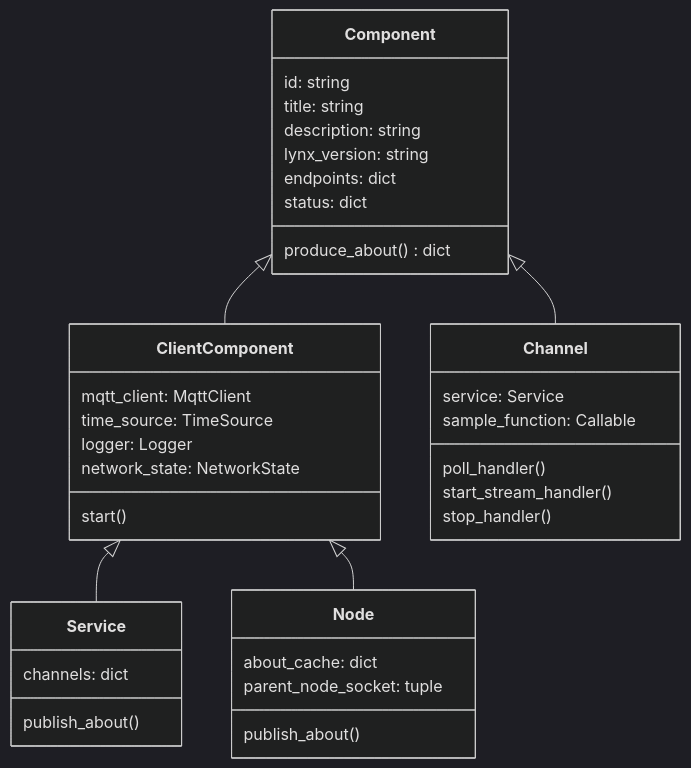
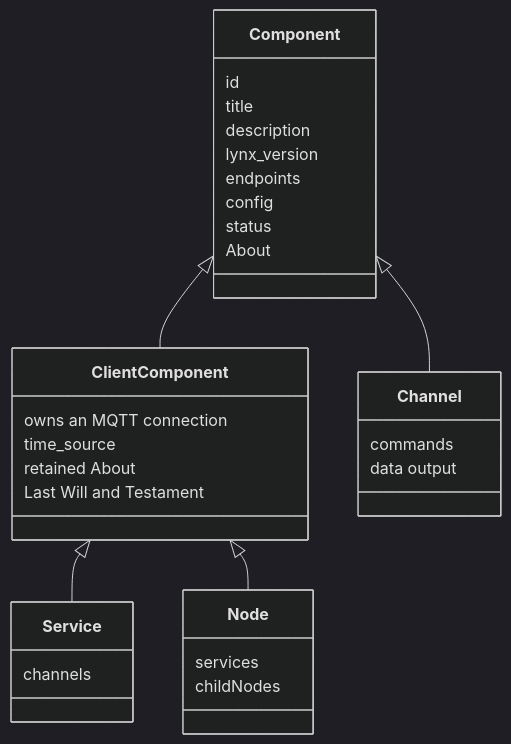
The second of 8 diagrams in docs/protocol.md (BuildLynx/lynx-sdk-python), drawn with Mermaid (dark theme) before and after one commit. The commit also changed other lines of this file and 19 other files, not shown here.

Commit message:
First stage of SDK refactor (Protocol revision, custom channel commands, push channels, layer splits)

````diff
--- a/docs/protocol.md
+++ b/docs/protocol.md
@@ -88,44 +92,39 @@
 ```mermaid
 classDiagram
     Component <|-- ClientComponent
     ClientComponent <|-- Service
     ClientComponent <|-- Node
     Component <|-- Channel
 
     class Component {
-        id: string
-        title: string
-        description: string
-        lynx_version: string
-        endpoints: dict
-        status: dict
-        produce_about() dict
+        id
+        title
+        description
+        lynx_version
+        endpoints
+        config
+        status
+        About
     }
 
     class ClientComponent {
-        mqtt_client: MqttClient
-        time_source: TimeSource
-        logger: Logger
-        network_state: NetworkState
-        start()
+        owns an MQTT connection
+        time_source
+        retained About
+        Last Will and Testament
     }
 
     class Service {
-        channels: dict
-        publish_about()
+        channels
     }
 
     class Node {
-        about_cache: dict
-        parent_node_socket: tuple
-        publish_about()
+        services
+        childNodes
     }
 
     class Channel {
-        service: Service
-        sample_function: Callable
-        poll_handler()
-        start_stream_handler()
-        stop_handler()
+        commands
+        data output
     }
 ```
````
